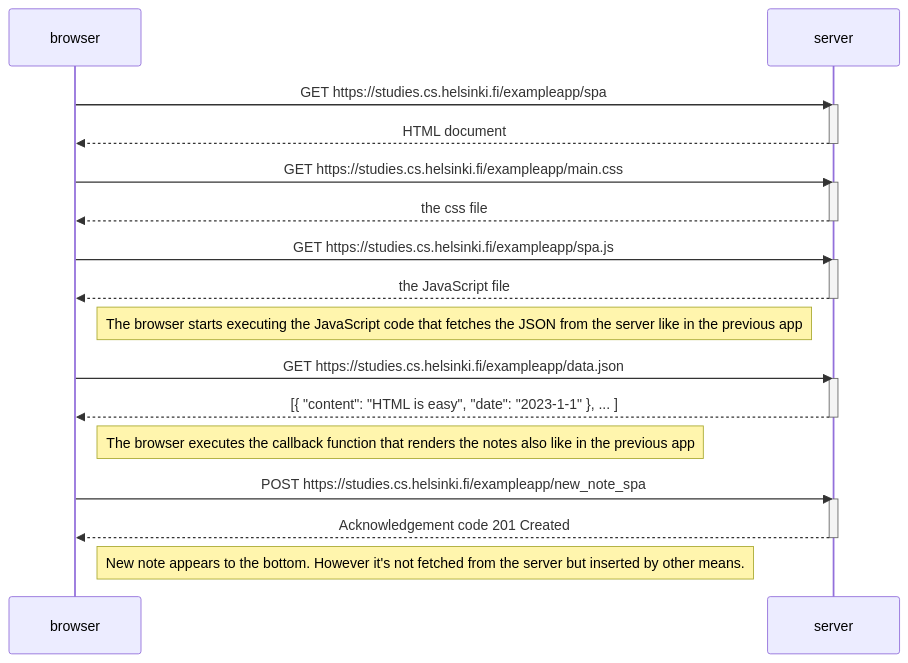
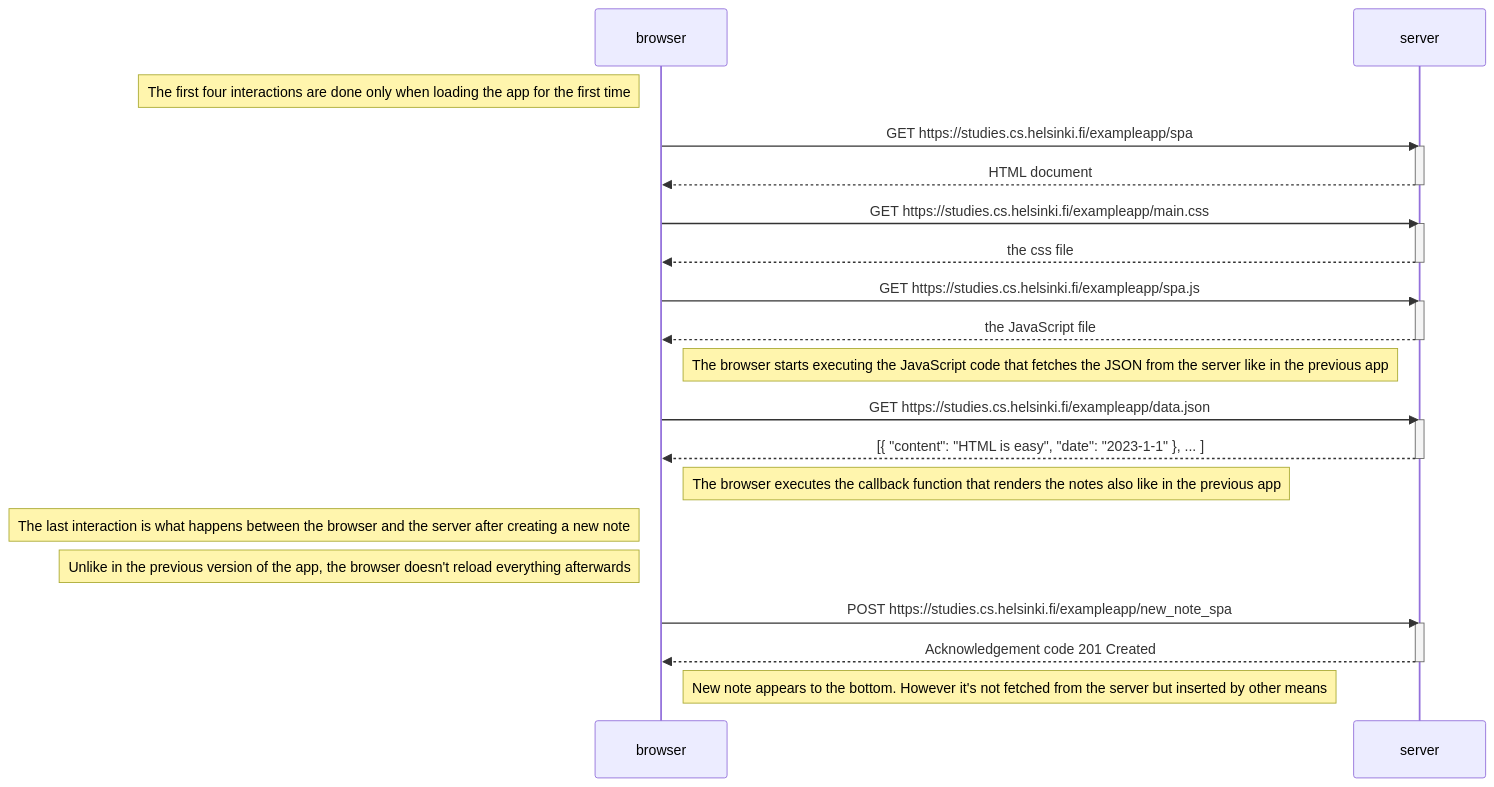
One commit to VilleJuhan1/FullStack-websovelluskehitys2023 changed the diagram in osa0/6_singlePageAppUusiMuistiinpano.md. Above: the diagram before and after it, drawn with Mermaid.

Commit message:
some adjustments

````diff
--- a/osa0/6_singlePageAppUusiMuistiinpano.md
+++ b/osa0/6_singlePageAppUusiMuistiinpano.md
@@ -1,28 +1,31 @@
 ```mermaid
     sequenceDiagram
     participant browser
     participant server
+    Note left of browser: The first four interactions are done only when loading the app for the first time
     browser->>server: GET https://studies.cs.helsinki.fi/exampleapp/spa
     activate server
     server-->>browser: HTML document
     deactivate server
     browser->>server: GET https://studies.cs.helsinki.fi/exampleapp/main.css
     activate server
     server-->>browser: the css file
     deactivate server
     browser->>server: GET https://studies.cs.helsinki.fi/exampleapp/spa.js
     activate server
     server-->>browser: the JavaScript file
     deactivate server
     Note right of browser: The browser starts executing the JavaScript code that fetches the JSON from the server like in the previous app
     browser->>server: GET https://studies.cs.helsinki.fi/exampleapp/data.json
     activate server
     server-->>browser: [{ "content": "HTML is easy", "date": "2023-1-1" }, ... ]
     deactivate server
-    Note right of browser: The browser executes the callback function that renders the notes also like in the previous app
+    Note right of browser: The browser executes the callback function that renders the notes also like in the previous app 
+    Note left of browser: The last interaction is what happens between the browser and the server after creating a new note
+    Note left of browser: Unlike in the previous version of the app, the browser doesn't reload everything afterwards
     browser->>server: POST https://studies.cs.helsinki.fi/exampleapp/new_note_spa
     activate server
     server-->>browser: Acknowledgement code 201 Created
     deactivate server
-    Note right of browser: New note appears to the bottom. However it's not fetched from the server but inserted by other means.
+    Note right of browser: New note appears to the bottom. However it's not fetched from the server but inserted by other means
 ```
````
